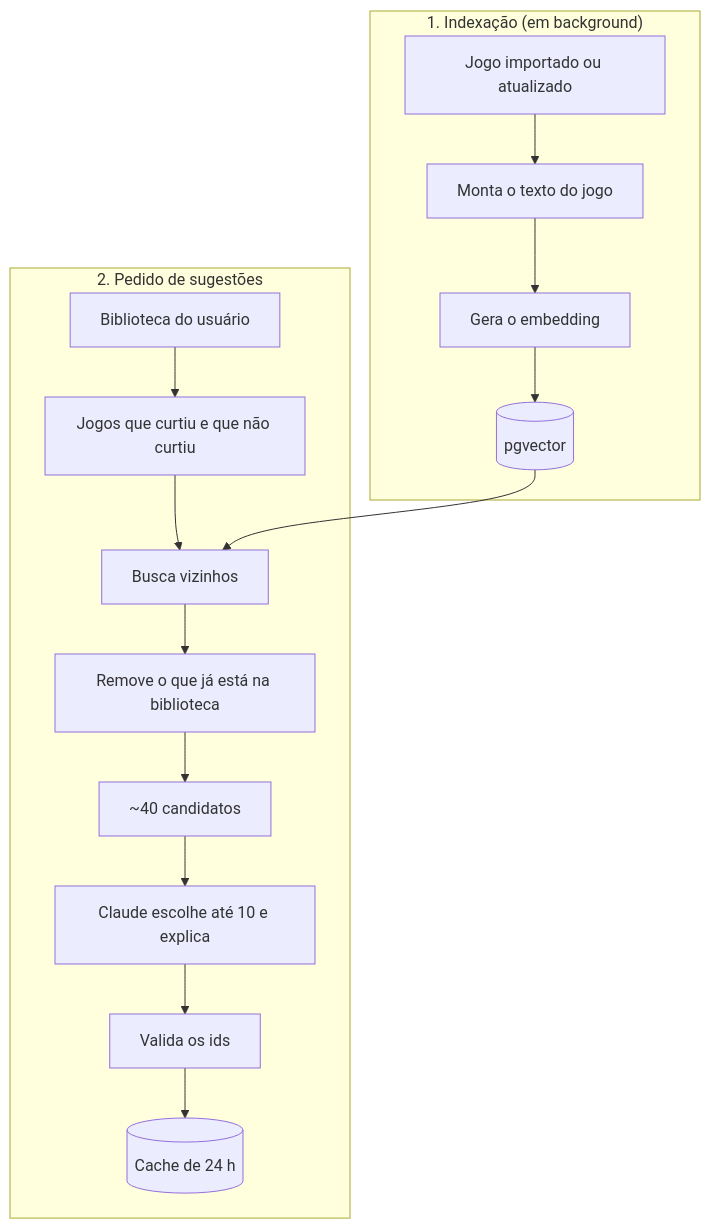
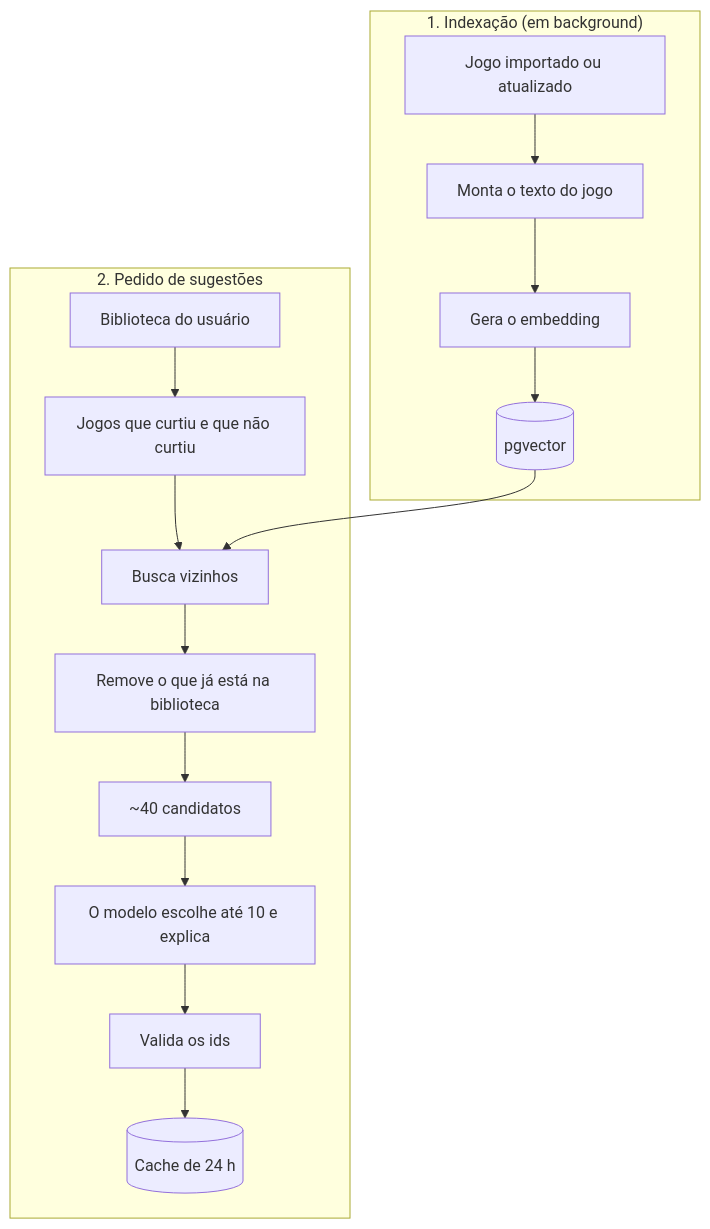
One commit to kauanunnes/game-log-backend changed the diagram in docs/06-recomendacoes-ia.md. Above: the diagram before and after it, drawn with Mermaid. The commit also changed other lines of this file and 7 other files, not shown here.

````diff
--- a/docs/06-recomendacoes-ia.md
+++ b/docs/06-recomendacoes-ia.md
@@ -28,18 +28,18 @@
 ```mermaid
 flowchart TB
     subgraph idx ["1. Indexação (em background)"]
         jogo[Jogo importado ou atualizado] --> texto[Monta o texto do jogo]
         texto --> vetor[Gera o embedding]
         vetor --> pg[(pgvector)]
     end
     subgraph pedido ["2. Pedido de sugestões"]
         lib[Biblioteca do usuário] --> sinais[Jogos que curtiu e que não curtiu]
         sinais --> knn[Busca vizinhos]
         knn --> filtro[Remove o que já está na biblioteca]
         filtro --> cand[~40 candidatos]
-        cand --> llm[Claude escolhe até 10 e explica]
+        cand --> llm[O modelo escolhe até 10 e explica]
         llm --> valida[Valida os ids]
         valida --> cache[(Cache de 24 h)]
     end
     pg --> knn
 ```
````
